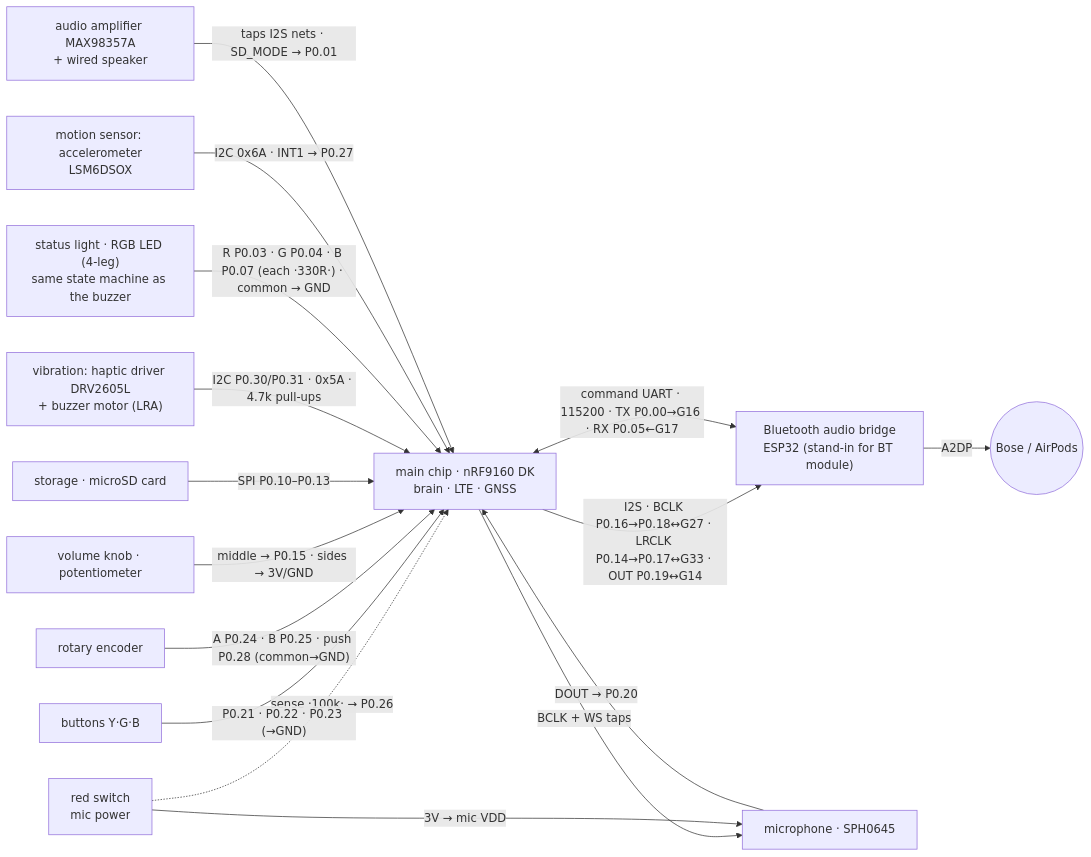
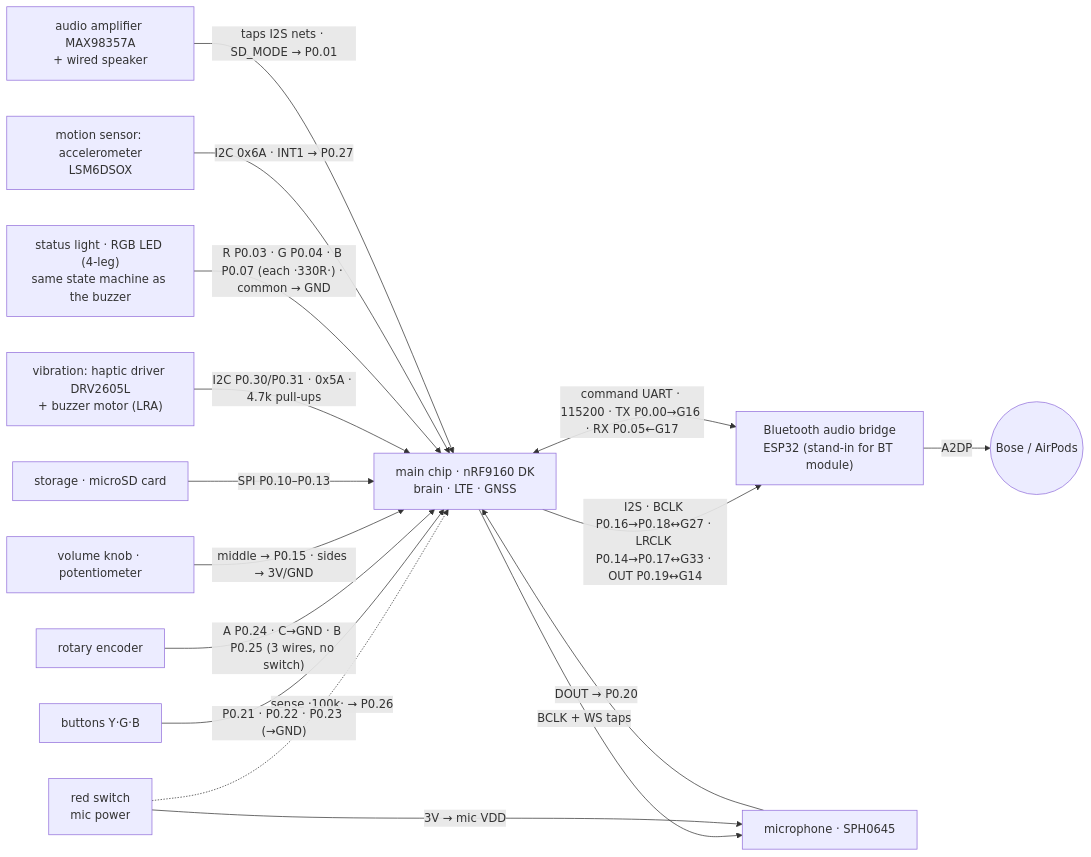
Before and after one commit to agenticaiuw/hivemind: the diagram in hardware/BREADBOARD_WIRING.md, drawn with Mermaid. The commit also changed other lines of this file and 8 other files, not shown here.

````diff
--- a/hardware/BREADBOARD_WIRING.md
+++ b/hardware/BREADBOARD_WIRING.md
@@ -12,32 +12,32 @@
 ```mermaid
 graph LR
   DK["main chip · nRF9160 DK\nbrain · LTE · GNSS"]
   ESP["Bluetooth audio bridge\nESP32 (stand-in for BT module)"]
   MIC["microphone · SPH0645"]
   SW["red switch\nmic power"]
   BTN["buttons Y·G·B"]
   ENC["rotary encoder"]
   POT["volume knob · potentiometer"]
   SDC["storage · microSD card"]
   HAP["vibration: haptic driver DRV2605L\n+ buzzer motor (LRA)"]
   RGB["status light · RGB LED (4-leg)\nsame state machine as the buzzer"]
   
   AMP["audio amplifier MAX98357A\n+ wired speaker"]
   SND(("Bose / AirPods"))
 
   DK -- "I2S · BCLK P0.16→P0.18↔G27 · LRCLK P0.14→P0.17↔G33 · OUT P0.19↔G14" --> ESP
   DK -- "BCLK + WS taps" --> MIC
   MIC -- "DOUT → P0.20" --> DK
   SW -- "3V → mic VDD" --> MIC
   SW -.->|"sense ·100k· → P0.26"| DK
   BTN -- "P0.21 · P0.22 · P0.23 (→GND)" --> DK
-  ENC -- "A P0.24 · B P0.25 · push P0.28 (common→GND)" --> DK
+  ENC -- "A P0.24 · C→GND · B P0.25 (3 wires, no switch)" --> DK
   POT -- "middle → P0.15 · sides → 3V/GND" --> DK
   SDC -- "SPI P0.10–P0.13" --> DK
   HAP -- "I2C P0.30/P0.31 · 0x5A · 4.7k pull-ups" --> DK
   RGB -- "R P0.03 · G P0.04 · B P0.07 (each ·330R·) · common → GND" --> DK
   ACC["motion sensor: accelerometer\nLSM6DSOX"] -- "I2C 0x6A · INT1 → P0.27" --> DK
   AMP -- "taps I2S nets · SD_MODE → P0.01" --> DK
   ESP -- "A2DP" --> SND
   DK <-- "command UART · 115200 · TX P0.00→G16 · RX P0.05←G17" --> ESP
 ```
````
